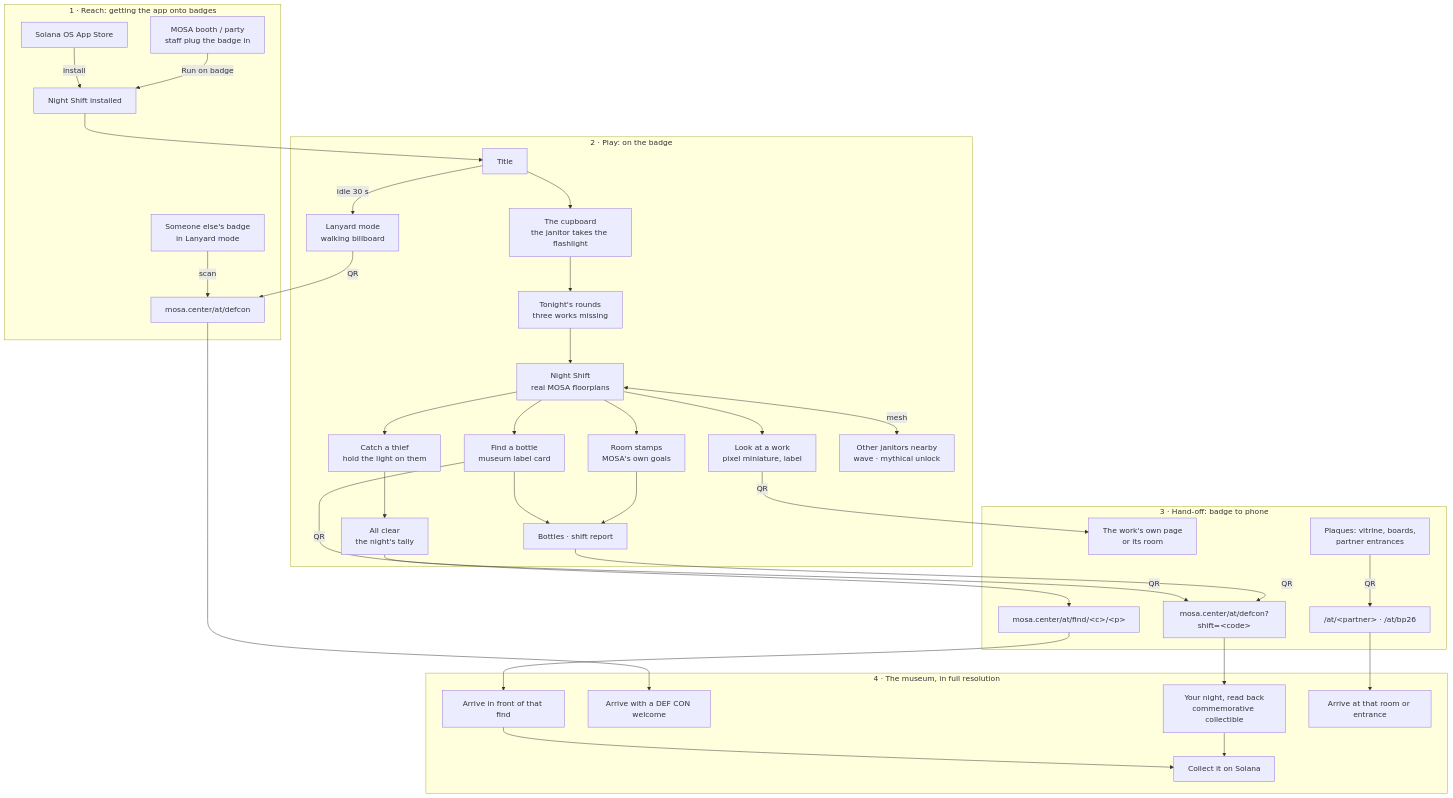
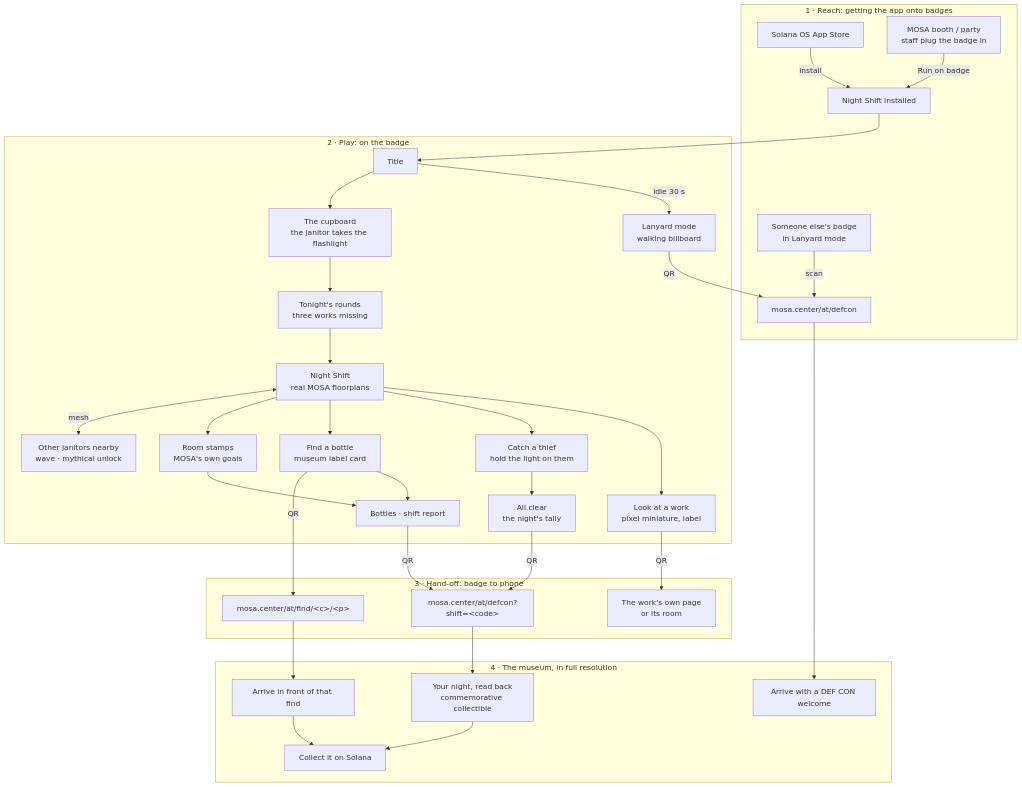
One commit to bparticle/mosa-defcon changed the diagram in docs/FLOW.md. Above: the diagram before and after it, drawn with Mermaid. The commit also changed other lines of this file and 24 other files, not shown here.

````diff
--- a/docs/FLOW.md
+++ b/docs/FLOW.md
@@ -7,42 +7,40 @@
 ```mermaid
 flowchart TD
   subgraph Reach["1 · Reach: getting the app onto badges"]
     S1[Solana OS App Store] -->|install| APP[Night Shift installed]
     BOOTH[MOSA booth / party<br/>staff plug the badge in] -->|Run on badge| APP
     LANYARD[Someone else's badge<br/>in Lanyard mode] -->|scan| SITE
   end
 
   subgraph Play["2 · Play: on the badge"]
     APP --> TITLE[Title]
     TITLE -->|idle 30 s| LANY[Lanyard mode<br/>walking billboard]
     TITLE --> INTRO[The cupboard<br/>the janitor takes the flashlight]
     INTRO --> BRIEF[Tonight's rounds<br/>three works missing]
     BRIEF --> WALK[Night Shift<br/>real MOSA floorplans]
     WALK --> ART[Look at a work<br/>pixel miniature, label]
     WALK --> THIEF[Catch a thief<br/>hold the light on them]
     WALK --> FIND[Find a bottle<br/>museum label card]
     WALK --> STAMP[Room stamps<br/>MOSA's own goals]
     WALK <-->|mesh| PEERS[Other janitors nearby<br/>wave · mythical unlock]
     THIEF --> CLEAR[All clear<br/>the night's tally]
     FIND --> REC[Bottles · shift report]
     STAMP --> REC
   end
 
   subgraph Handoff["3 · Hand-off: badge to phone"]
     FIND -->|QR| PIECE["mosa.center/at/find/&lt;c&gt;/&lt;p&gt;"]
     ART -->|QR| WORK[The work's own page<br/>or its room]
     CLEAR -->|QR| REPORT
     REC -->|QR| REPORT["mosa.center/at/defcon?shift=&lt;code&gt;"]
     LANY -->|QR| SITE["mosa.center/at/defcon"]
-    PLAQUE[Plaques: vitrine, boards,<br/>partner entrances] -->|QR| ROOMLINK["/at/&lt;partner&gt; · /at/bp26"]
   end
 
   subgraph Museum["4 · The museum, in full resolution"]
     PIECE --> LAND[Arrive in front of that find]
     SITE --> LAND2[Arrive with a DEF CON welcome]
     REPORT --> LAND3[Your night, read back<br/>commemorative collectible]
-    ROOMLINK --> LAND4[Arrive at that room or entrance]
     LAND --> MINT[Collect it on Solana]
     LAND3 --> MINT
   end
 ```
````
